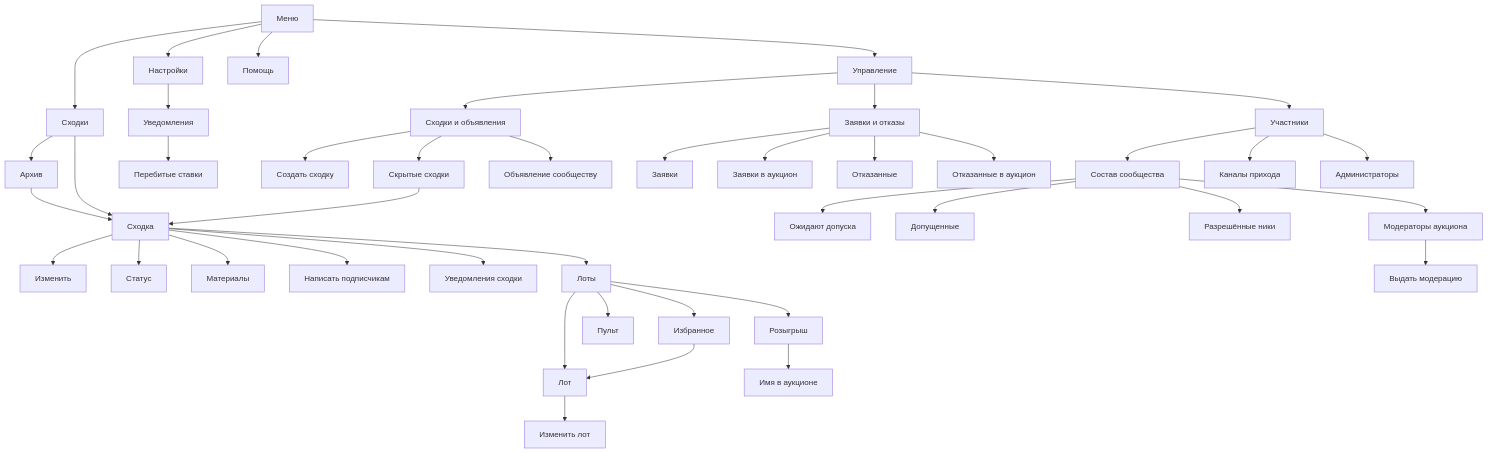
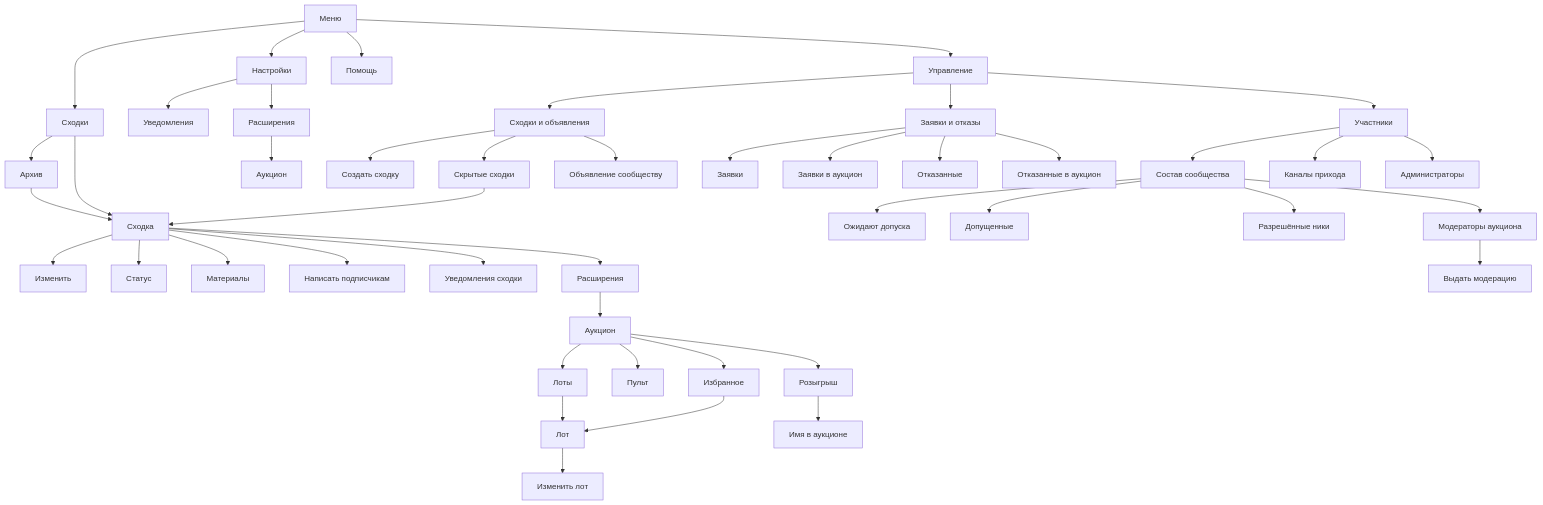
The first of 2 diagrams in docs/design/bot/design-code.md (Solguficky/solguficky-hub), drawn with Mermaid before and after one commit. The commit also changed other lines of this file and 69 other files, not shown here.

Commit message:
feat: Move the auction into the meetup and settings extensions

````diff
--- a/docs/design/bot/design-code.md
+++ b/docs/design/bot/design-code.md
@@ -37,50 +37,53 @@
 ```mermaid
 flowchart TD
     menu[Меню]
     menu --> meetups[Сходки]
     menu --> settings[Настройки]
     menu --> help[Помощь]
     menu --> manage[Управление]
     meetups --> archive[Архив]
     settings --> notify[Уведомления]
-    notify --> outbid[Перебитые ставки]
+    settings --> settingsExt[Расширения]
+    settingsExt --> outbid[Аукцион]
 
     meetups --> card[Сходка]
     archive --> card
     hidden --> card
 
     card --> edit[Изменить]
     card --> status[Статус]
     card --> materials[Материалы]
     card --> broadcast[Написать подписчикам]
     card --> notifyMeetup[Уведомления сходки]
-    card --> lots[Лоты]
+    card --> extensions[Расширения]
+    extensions --> auctionRoot[Аукцион]
+    auctionRoot --> lots[Лоты]
     lots --> lot[Лот]
     lot --> lotForm[Изменить лот]
-    lots --> console[Пульт]
-    lots --> lotFavorites[Избранное]
+    auctionRoot --> console[Пульт]
+    auctionRoot --> lotFavorites[Избранное]
     lotFavorites --> lot
-    lots --> lotRaffle[Розыгрыш]
+    auctionRoot --> lotRaffle[Розыгрыш]
     lotRaffle --> lotRaffleName[Имя в аукционе]
 
     manage --> gMeetups[Сходки и объявления]
     manage --> gApplications[Заявки и отказы]
     manage --> gMembers[Участники]
 
     gMeetups --> create[Создать сходку]
     gMeetups --> hidden[Скрытые сходки]
     gMeetups --> announce[Объявление сообществу]
     gApplications --> applications[Заявки]
     gApplications --> auctionApplications[Заявки в аукцион]
     gApplications --> refused[Отказанные]
     gApplications --> auctionRefused[Отказанные в аукцион]
     gMembers --> community[Состав сообщества]
     gMembers --> channels[Каналы прихода]
     gMembers --> administrators[Администраторы]
 
     community --> pending[Ожидают допуска]
     community --> members[Допущенные]
     community --> nicks[Разрешённые ники]
     community --> moderators[Модераторы аукциона]
     moderators --> grant[Выдать модерацию]
 ```
````
